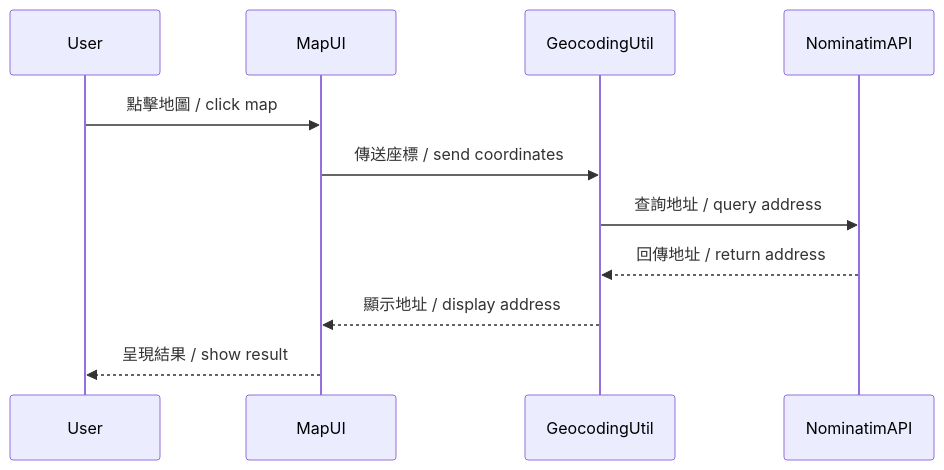
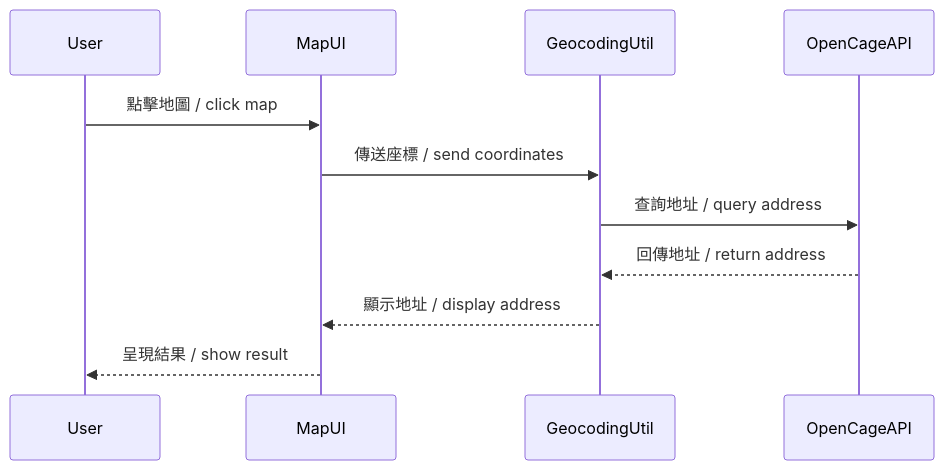
Before and after one commit to DoubleTian-tw/brave-taiwanese: the diagram in .ai/story-1.story.md, drawn with Mermaid. The commit also changed other lines of this file and 1 other file, not shown here.

Commit message:
chore: Update the map click-back lookup function, use OpenCage API to replace the original planned Nominatim API, and adjust the relevant tasks and restrictions.

````diff
--- a/.ai/story-1.story.md
+++ b/.ai/story-1.story.md
@@ -73,13 +71,13 @@
 ```mermaid
 sequenceDiagram
   participant User
   participant MapUI
   participant GeocodingUtil
-  participant NominatimAPI
+  participant OpenCageAPI
   User->>MapUI: 點擊地圖 / click map
   MapUI->>GeocodingUtil: 傳送座標 / send coordinates
-  GeocodingUtil->>NominatimAPI: 查詢地址 / query address
-  NominatimAPI-->>GeocodingUtil: 回傳地址 / return address
+  GeocodingUtil->>OpenCageAPI: 查詢地址 / query address
+  OpenCageAPI-->>GeocodingUtil: 回傳地址 / return address
   GeocodingUtil-->>MapUI: 顯示地址 / display address
   MapUI-->>User: 呈現結果 / show result
 ```
````
